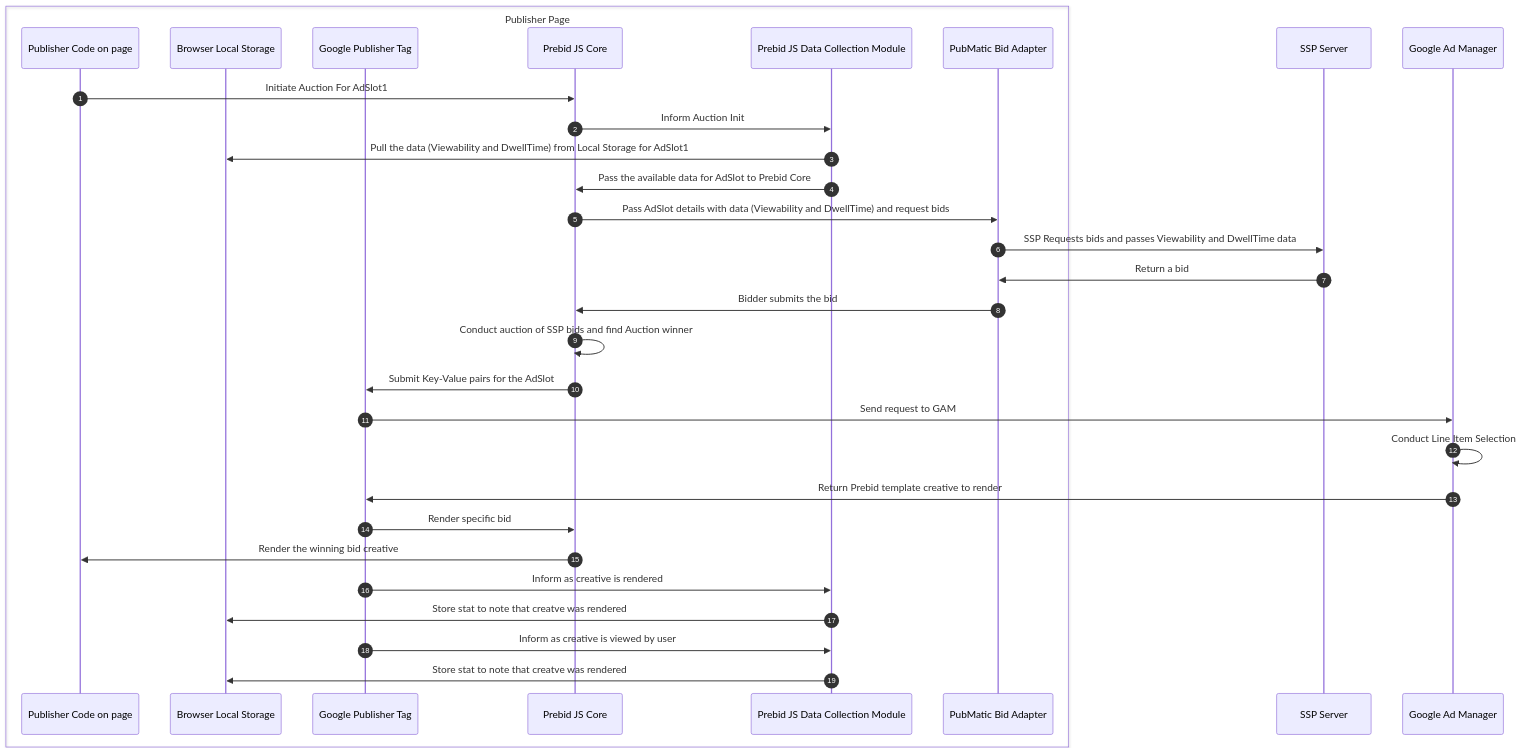
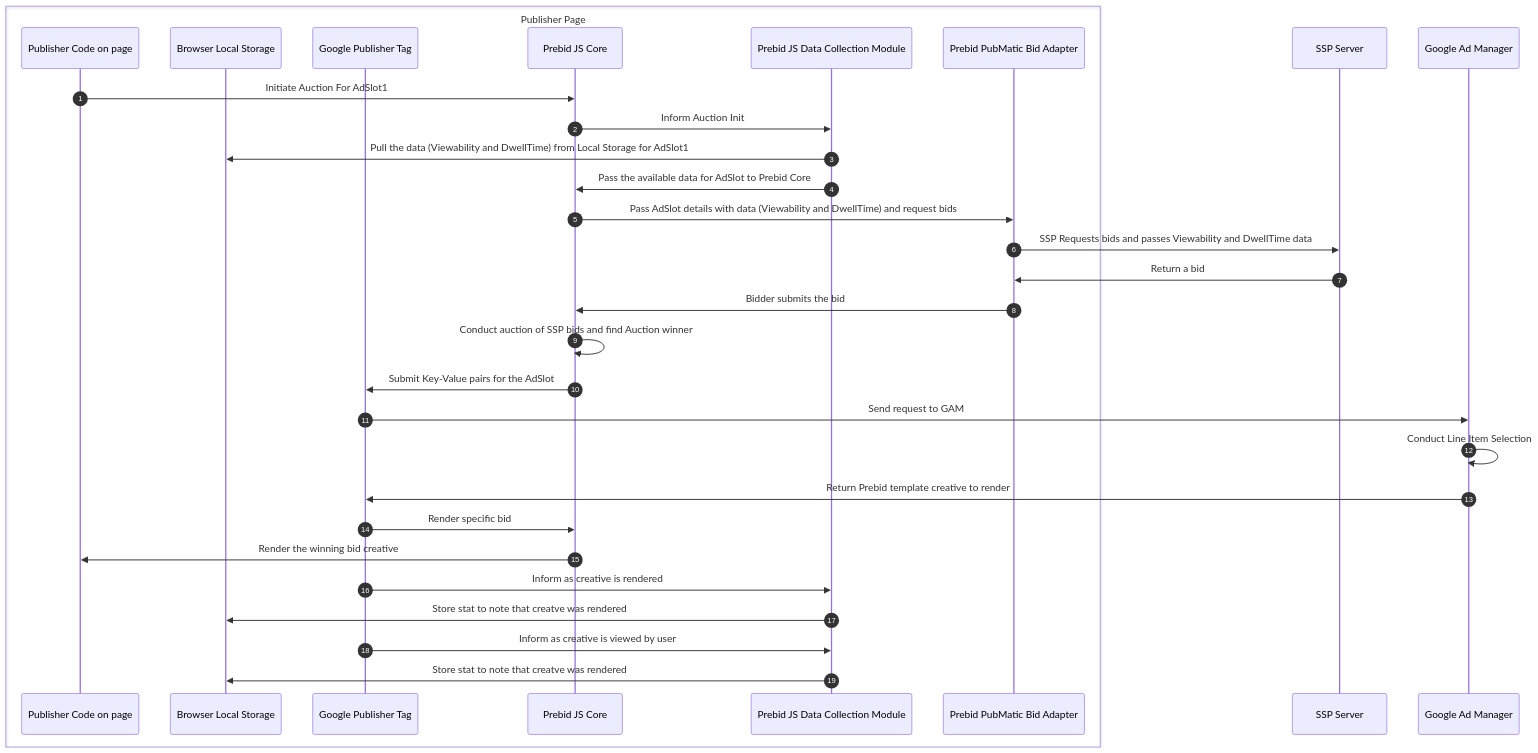
The first of 2 diagrams in InventoryPackaging.md (pm-harshad-mane/Diagrams), drawn with Mermaid before and after one commit. The commit also changed other lines of this file, not shown here.

````diff
--- a/InventoryPackaging.md
+++ b/InventoryPackaging.md
@@ -6,34 +6,34 @@
 ```mermaid
 sequenceDiagram
     autonumber
     box Publisher Page
     participant PubCode as Publisher Code on page
     participant LS as Browser Local Storage
     participant GPT as Google Publisher Tag
         participant PBJS_Core as Prebid JS Core
         participant PBJS_Module as Prebid JS Data Collection Module
-        participant SSP_Bidder as PubMatic Bid Adapter
+        participant SSP_Bidder as Prebid PubMatic Bid Adapter
     end
     participant SSP_Server as SSP Server
     participant GAM as Google Ad Manager
     
     PubCode->>PBJS_Core: Initiate Auction For AdSlot1
     PBJS_Core->>PBJS_Module: Inform Auction Init
     PBJS_Module->>LS: Pull the data (Viewability and DwellTime) from Local Storage for AdSlot1
     PBJS_Module->>PBJS_Core: Pass the available data for AdSlot to Prebid Core
     PBJS_Core->>SSP_Bidder: Pass AdSlot details with data (Viewability and DwellTime) and request bids
     SSP_Bidder->>SSP_Server: SSP Requests bids and passes Viewability and DwellTime data
     SSP_Server->>SSP_Bidder: Return a bid
     SSP_Bidder->>PBJS_Core: Bidder submits the bid
     PBJS_Core->>PBJS_Core: Conduct auction of SSP bids and find Auction winner
     PBJS_Core->>GPT: Submit Key-Value pairs for the AdSlot
     GPT->>GAM: Send request to GAM
     GAM->>GAM: Conduct Line Item Selection
     GAM->>GPT: Return Prebid template creative to render
     GPT->>PBJS_Core: Render specific bid
     PBJS_Core->>PubCode: Render the winning bid creative
     GPT->>PBJS_Module: Inform as creative is rendered
     PBJS_Module->>LS: Store stat to note that creatve was rendered
     GPT->>PBJS_Module: Inform as creative is viewed by user
     PBJS_Module->>LS: Store stat to note that creatve was rendered
 ```
````
